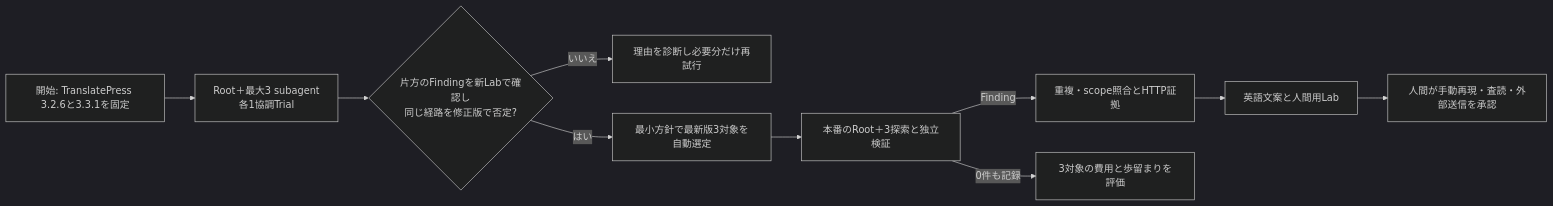
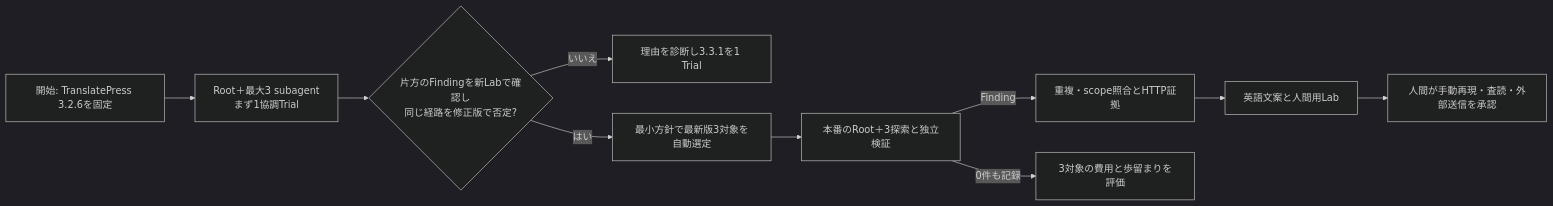
Before and after one commit to momoponwork1415-lgtm/wordpress-bounty-harness: the first of 2 diagrams in docs/IMPLEMENTATION-PLAN.md, drawn with Mermaid (dark theme). The commit also changed other lines of this file and 6 other files, not shown here.

Commit message:
Stop TranslatePress benchmark once readiness is proven

````diff
--- a/docs/IMPLEMENTATION-PLAN.md
+++ b/docs/IMPLEMENTATION-PLAN.md
@@ -7,12 +7,12 @@
 ```mermaid
 flowchart LR
-  A[開始: TranslatePress 3.2.6と3.3.1を固定] --> B[Root＋最大3 subagent<br/>各1協調Trial]
+  A[開始: TranslatePress 3.2.6を固定] --> B[Root＋最大3 subagent<br/>まず1協調Trial]
   B --> C{片方のFindingを新Labで確認し<br/>同じ経路を修正版で否定?}
-  C -->|いいえ| D[理由を診断し必要分だけ再試行]
+  C -->|いいえ| D[理由を診断し3.3.1を1 Trial]
   C -->|はい| E[最小方針で最新版3対象を自動選定]
   E --> F[本番のRoot＋3探索と独立検証]
   F -->|Finding| G[重複・scope照合とHTTP証拠]
   G --> H[英語文案と人間用Lab]
   H --> I[人間が手動再現・査読・外部送信を承認]
   F -->|0件も記録| J[3対象の費用と歩留まりを評価]
 ```
````
